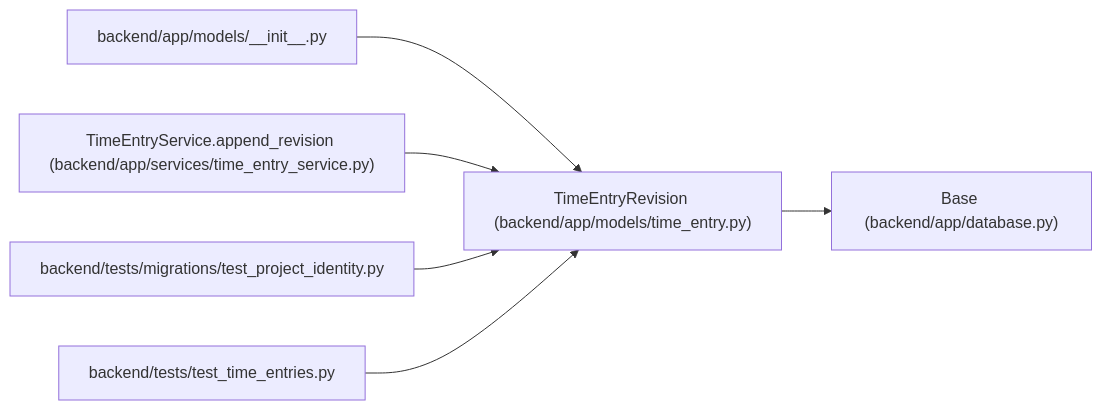
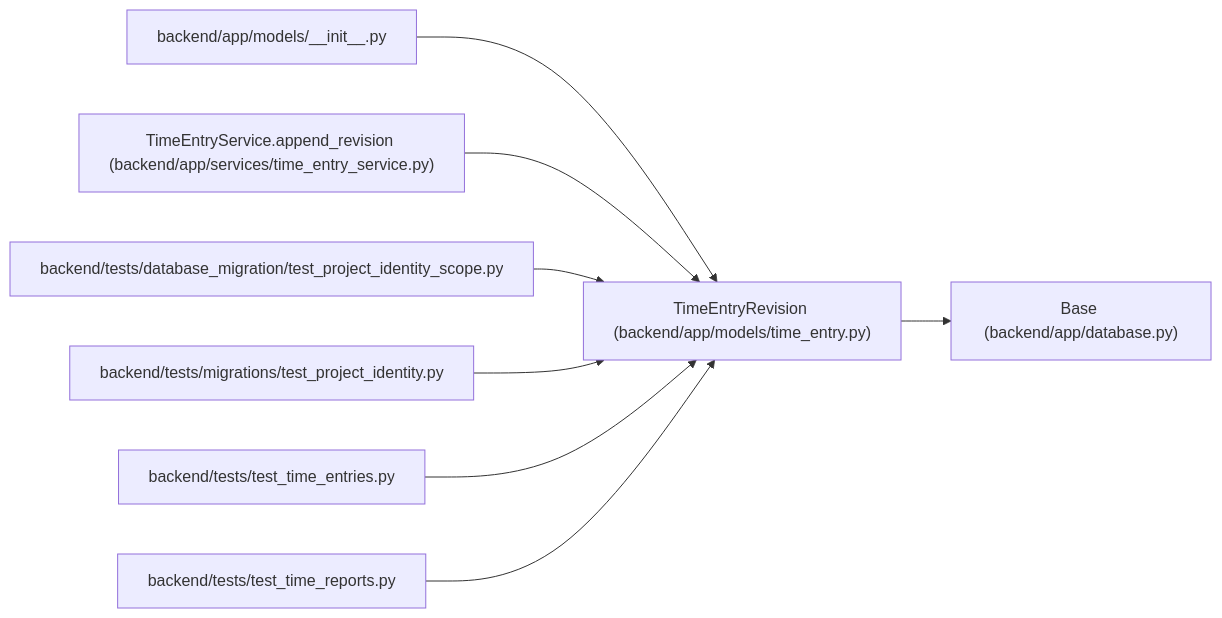
The diagram in docs/llm_wiki/entities/TimeEntryRevision.md (Denissvgn/WorkChord), drawn with Mermaid before and after one commit. The commit also changed other lines of this file and 305 other files, not shown here.

````diff
--- a/docs/llm_wiki/entities/TimeEntryRevision.md
+++ b/docs/llm_wiki/entities/TimeEntryRevision.md
@@ -36,20 +36,26 @@
 ```mermaid
 flowchart LR
     n0["TimeEntryRevision (backend/app/models/time_entry.py)"]
     n1["Base (backend/app/database.py)"]
     n2["backend/app/models/__init__.py"]
     n3["TimeEntryService.append_revision (backend/app/services/time_entry_service.py)"]
-    n4["backend/tests/migrations/test_project_identity.py"]
-    n5["backend/tests/test_time_entries.py"]
+    n4["backend/tests/database_migration/test_project_identity_scope.py"]
+    n5["backend/tests/migrations/test_project_identity.py"]
+    n6["backend/tests/test_time_entries.py"]
+    n7["backend/tests/test_time_reports.py"]
     n0 --> n1
     n2 --> n0
     n3 --> n0
     n4 --> n0
     n5 --> n0
+    n6 --> n0
+    n7 --> n0
     click n0 "../modules/models_time_entry.md"
     click n1 "../modules/app_database.md"
     click n2 "../modules/models___init__.md"
     click n3 "../modules/time_entry_service.md"
-    click n4 "../modules/test_project_identity.md"
-    click n5 "../modules/test_time_entries.md"
+    click n4 "../modules/test_project_identity_scope.md"
+    click n5 "../modules/test_project_identity.md"
+    click n6 "../modules/test_time_entries.md"
+    click n7 "../modules/test_time_reports.md"
 ```
````
